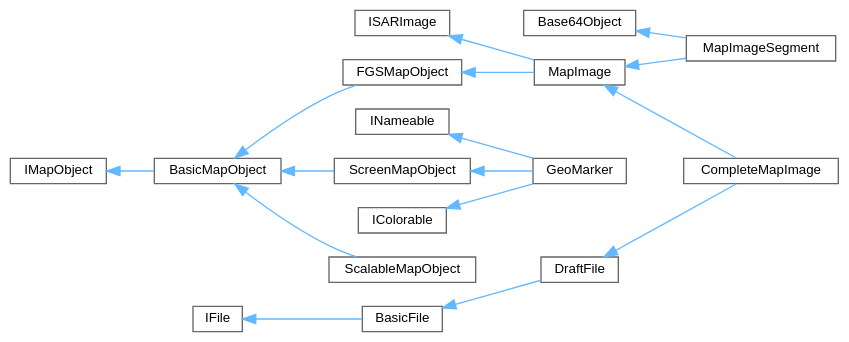
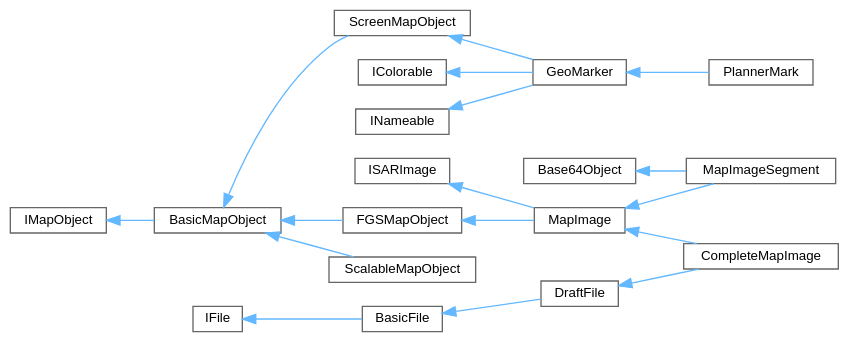
The diagram in docs/inherit_graph_1.dot (whs31/quasar-software), drawn with Graphviz before and after one commit. The commit also changed 65 other files, not shown here.

```diff
--- a/docs/inherit_graph_1.dot
+++ b/docs/inherit_graph_1.dot
@@ -1,40 +1,42 @@
 digraph "Иерархия классов. Графический вид."
 {
  // INTERACTIVE_SVG=YES
  // LATEX_PDF_SIZE
   bgcolor="transparent";
   edge [fontname=Helvetica,fontsize=10,labelfontname=Helvetica,labelfontsize=10];
   node [fontname=Helvetica,fontsize=10,shape=box,height=0.2,width=0.4];
   rankdir="LR";
   Node0 [id="Node000000",label="Base64Object",height=0.2,width=0.4,color="grey40", fillcolor="white", style="filled",URL="$d8/dec/class_quasar_s_d_k_1_1_i_o_1_1_base64_object.html",tooltip="Объект, способный конвертировать свои бинарные данные в base64-строку."];
   Node0 -> Node1 [id="edge1_Node000000_Node000001",dir="back",color="steelblue1",style="solid",tooltip=" "];
   Node1 [id="Node000001",label="MapImageSegment",height=0.2,width=0.4,color="grey40", fillcolor="white", style="filled",URL="$d1/d05/class_quasar_s_d_k_1_1_map_1_1_map_image_segment.html",tooltip="Сегмент или полное радиолокационное изображение на карте, сохраненное в Base64-строке."];
-  Node12 [id="Node000012",label="IColorable",height=0.2,width=0.4,color="grey40", fillcolor="white", style="filled",URL="$de/de2/class_i_colorable.html",tooltip=" "];
-  Node12 -> Node11 [id="edge2_Node000012_Node000011",dir="back",color="steelblue1",style="solid",tooltip=" "];
+  Node13 [id="Node000013",label="IColorable",height=0.2,width=0.4,color="grey40", fillcolor="white", style="filled",URL="$de/de2/class_i_colorable.html",tooltip=" "];
+  Node13 -> Node11 [id="edge2_Node000013_Node000011",dir="back",color="steelblue1",style="solid",tooltip=" "];
   Node11 [id="Node000011",label="GeoMarker",height=0.2,width=0.4,color="grey40", fillcolor="white", style="filled",URL="$d4/d7f/class_map_1_1_geo_marker.html",tooltip=" "];
+  Node11 -> Node12 [id="edge3_Node000011_Node000012",dir="back",color="steelblue1",style="solid",tooltip=" "];
+  Node12 [id="Node000012",label="PlannerMark",height=0.2,width=0.4,color="grey40", fillcolor="white", style="filled",URL="$db/d2b/class_map_1_1_planner_mark.html",tooltip=" "];
   Node6 [id="Node000006",label="IFile",height=0.2,width=0.4,color="grey40", fillcolor="white", style="filled",URL="$df/dad/class_quasar_s_d_k_1_1_i_o_1_1_i_file.html",tooltip="Интерфейс, описывающий абстрактный файл в файловой системе."];
-  Node6 -> Node5 [id="edge3_Node000006_Node000005",dir="back",color="steelblue1",style="solid",tooltip=" "];
+  Node6 -> Node5 [id="edge4_Node000006_Node000005",dir="back",color="steelblue1",style="solid",tooltip=" "];
   Node5 [id="Node000005",label="BasicFile",height=0.2,width=0.4,color="grey40", fillcolor="white", style="filled",URL="$d3/d7e/class_quasar_s_d_k_1_1_i_o_1_1_basic_file.html",tooltip="Абстрактный класс для существующего файла в файловой системе."];
-  Node5 -> Node4 [id="edge4_Node000005_Node000004",dir="back",color="steelblue1",style="solid",tooltip=" "];
+  Node5 -> Node4 [id="edge5_Node000005_Node000004",dir="back",color="steelblue1",style="solid",tooltip=" "];
   Node4 [id="Node000004",label="DraftFile",height=0.2,width=0.4,color="grey40", fillcolor="white", style="filled",URL="$d4/d32/class_quasar_s_d_k_1_1_i_o_1_1_draft_file.html",tooltip="Класс, описывающий черновик файла - файл, который еще не был сохранен на диск, но готовится к этому."];
-  Node4 -> Node3 [id="edge5_Node000004_Node000003",dir="back",color="steelblue1",style="solid",tooltip=" "];
+  Node4 -> Node3 [id="edge6_Node000004_Node000003",dir="back",color="steelblue1",style="solid",tooltip=" "];
   Node3 [id="Node000003",label="CompleteMapImage",height=0.2,width=0.4,color="grey40", fillcolor="white", style="filled",URL="$dc/dc3/class_quasar_s_d_k_1_1_map_1_1_complete_map_image.html",tooltip="Радиолокационное изображение на карте, сохраненное в файл."];
-  Node14 [id="Node000014",label="IMapObject",height=0.2,width=0.4,color="grey40", fillcolor="white", style="filled",URL="$d5/d1e/class_quasar_s_d_k_1_1_map_1_1_i_map_object.html",tooltip="Интерфейс, описывающий абстрактный объект карты."];
-  Node14 -> Node8 [id="edge6_Node000014_Node000008",dir="back",color="steelblue1",style="solid",tooltip=" "];
+  Node15 [id="Node000015",label="IMapObject",height=0.2,width=0.4,color="grey40", fillcolor="white", style="filled",URL="$d5/d1e/class_quasar_s_d_k_1_1_map_1_1_i_map_object.html",tooltip="Интерфейс, описывающий абстрактный объект карты."];
+  Node15 -> Node8 [id="edge7_Node000015_Node000008",dir="back",color="steelblue1",style="solid",tooltip=" "];
   Node8 [id="Node000008",label="BasicMapObject",height=0.2,width=0.4,color="grey40", fillcolor="white", style="filled",URL="$d7/ddf/class_quasar_s_d_k_1_1_map_1_1_basic_map_object.html",tooltip="Абстрактный класс, реализующий функции интерфейса IMapObject, за исключением масштаба."];
-  Node8 -> Node7 [id="edge7_Node000008_Node000007",dir="back",color="steelblue1",style="solid",tooltip=" "];
+  Node8 -> Node7 [id="edge8_Node000008_Node000007",dir="back",color="steelblue1",style="solid",tooltip=" "];
   Node7 [id="Node000007",label="FGSMapObject",height=0.2,width=0.4,color="grey40", fillcolor="white", style="filled",URL="$d9/dd3/class_quasar_s_d_k_1_1_map_1_1_f_g_s_map_object.html",tooltip="Базовый класс для объектов карты, которые имеют четкую привязку в метрах по размеру."];
-  Node7 -> Node2 [id="edge8_Node000007_Node000002",dir="back",color="steelblue1",style="solid",tooltip=" "];
+  Node7 -> Node2 [id="edge9_Node000007_Node000002",dir="back",color="steelblue1",style="solid",tooltip=" "];
   Node2 [id="Node000002",label="MapImage",height=0.2,width=0.4,color="grey40", fillcolor="white", style="filled",URL="$df/d2b/class_quasar_s_d_k_1_1_map_1_1_map_image.html",tooltip="Абстрактный класс, описывающий радиолокационное изображение в качестве объекта карты."];
-  Node2 -> Node3 [id="edge9_Node000002_Node000003",dir="back",color="steelblue1",style="solid",tooltip=" "];
-  Node2 -> Node1 [id="edge10_Node000002_Node000001",dir="back",color="steelblue1",style="solid",tooltip=" "];
-  Node8 -> Node9 [id="edge11_Node000008_Node000009",dir="back",color="steelblue1",style="solid",tooltip=" "];
+  Node2 -> Node3 [id="edge10_Node000002_Node000003",dir="back",color="steelblue1",style="solid",tooltip=" "];
+  Node2 -> Node1 [id="edge11_Node000002_Node000001",dir="back",color="steelblue1",style="solid",tooltip=" "];
+  Node8 -> Node9 [id="edge12_Node000008_Node000009",dir="back",color="steelblue1",style="solid",tooltip=" "];
   Node9 [id="Node000009",label="ScalableMapObject",height=0.2,width=0.4,color="grey40", fillcolor="white", style="filled",URL="$da/d1a/class_quasar_s_d_k_1_1_map_1_1_scalable_map_object.html",tooltip=" "];
-  Node8 -> Node10 [id="edge12_Node000008_Node000010",dir="back",color="steelblue1",style="solid",tooltip=" "];
+  Node8 -> Node10 [id="edge13_Node000008_Node000010",dir="back",color="steelblue1",style="solid",tooltip=" "];
   Node10 [id="Node000010",label="ScreenMapObject",height=0.2,width=0.4,color="grey40", fillcolor="white", style="filled",URL="$d5/daf/class_quasar_s_d_k_1_1_map_1_1_screen_map_object.html",tooltip="Базовый класс для объектов карты, привязанных по размеру к экрану."];
-  Node10 -> Node11 [id="edge13_Node000010_Node000011",dir="back",color="steelblue1",style="solid",tooltip=" "];
-  Node13 [id="Node000013",label="INameable",height=0.2,width=0.4,color="grey40", fillcolor="white", style="filled",URL="$d9/d5a/class_i_nameable.html",tooltip=" "];
-  Node13 -> Node11 [id="edge14_Node000013_Node000011",dir="back",color="steelblue1",style="solid",tooltip=" "];
-  Node15 [id="Node000015",label="ISARImage",height=0.2,width=0.4,color="grey40", fillcolor="white", style="filled",URL="$d7/d37/class_quasar_s_d_k_1_1_map_1_1_i_s_a_r_image.html",tooltip="Интерфейс, описывающий радиолокационное изображение с РЛС."];
-  Node15 -> Node2 [id="edge15_Node000015_Node000002",dir="back",color="steelblue1",style="solid",tooltip=" "];
+  Node10 -> Node11 [id="edge14_Node000010_Node000011",dir="back",color="steelblue1",style="solid",tooltip=" "];
+  Node14 [id="Node000014",label="INameable",height=0.2,width=0.4,color="grey40", fillcolor="white", style="filled",URL="$d9/d5a/class_i_nameable.html",tooltip=" "];
+  Node14 -> Node11 [id="edge15_Node000014_Node000011",dir="back",color="steelblue1",style="solid",tooltip=" "];
+  Node16 [id="Node000016",label="ISARImage",height=0.2,width=0.4,color="grey40", fillcolor="white", style="filled",URL="$d7/d37/class_quasar_s_d_k_1_1_map_1_1_i_s_a_r_image.html",tooltip="Интерфейс, описывающий радиолокационное изображение с РЛС."];
+  Node16 -> Node2 [id="edge16_Node000016_Node000002",dir="back",color="steelblue1",style="solid",tooltip=" "];
 }
```
